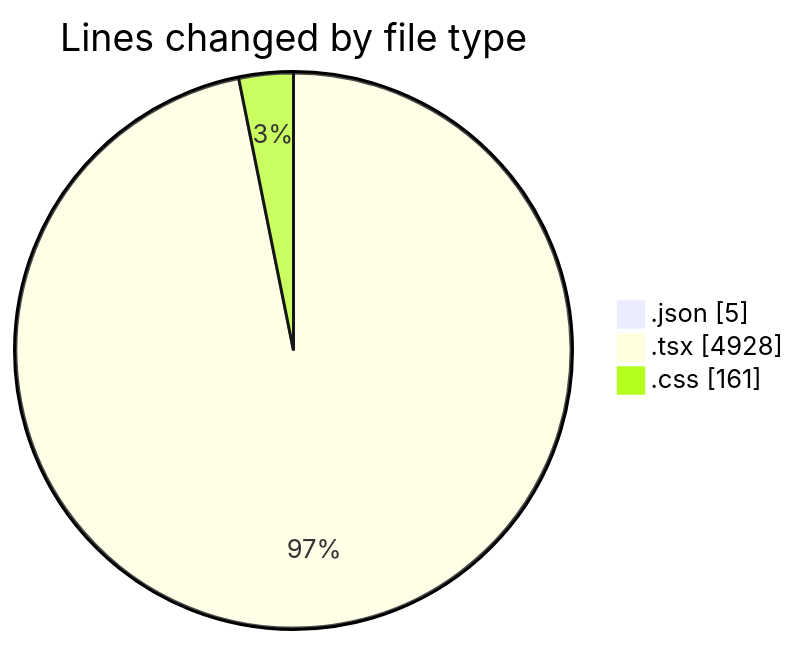
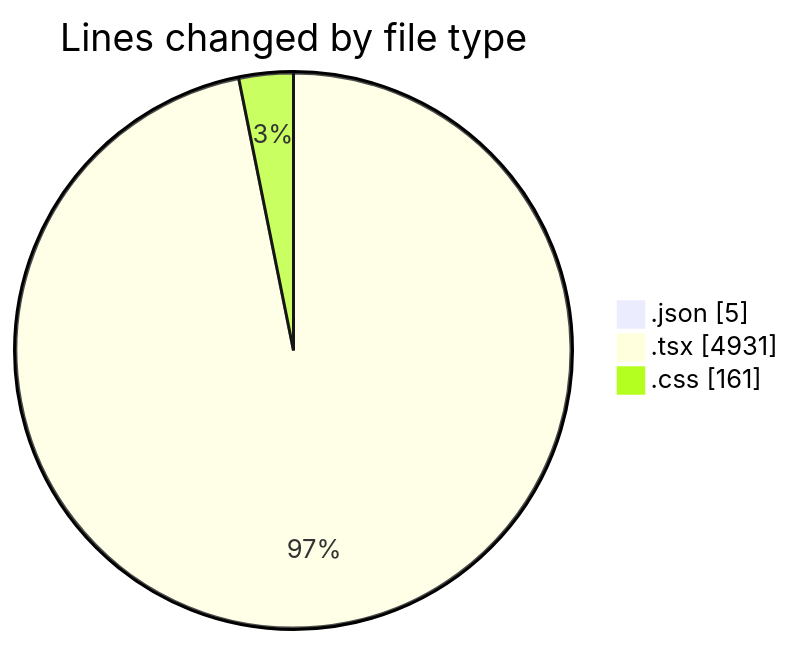
Before and after one commit to Elitesun/code-tracking: the first of 2 diagrams in 2025-05-29/advertise/README.md, drawn with Mermaid. The commit also changed other lines of this file and 1 other file, not shown here.

````diff
--- a/2025-05-29/advertise/README.md
+++ b/2025-05-29/advertise/README.md
@@ -40,7 +40,7 @@
 ```mermaid
 pie showData
 title Lines changed by file type
 ".json" : 5
-".tsx" : 4928
+".tsx" : 4931
 ".css" : 161
 ```
````
